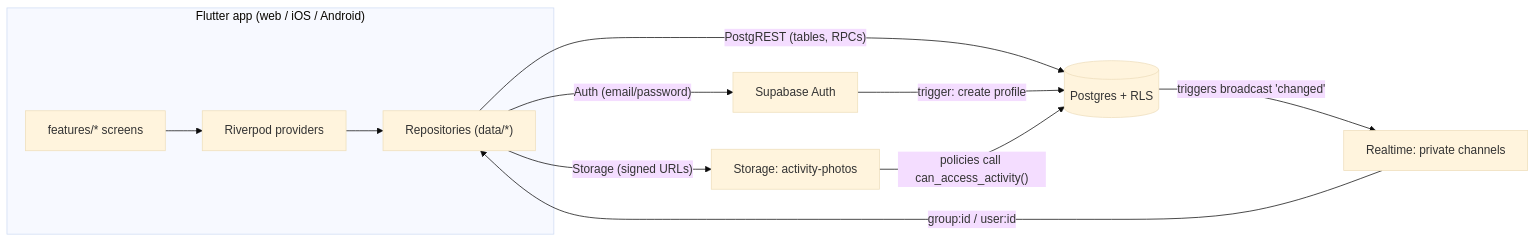
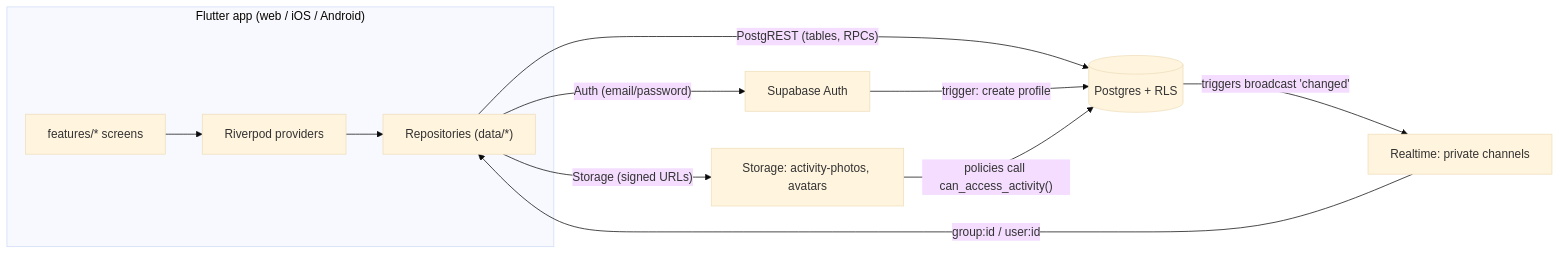
Before and after one commit to kangjin97/project1.0: the first of 2 diagrams in docs/architecture.md, drawn with Mermaid (base theme). The commit also changed other lines of this file and 9 other files, not shown here.

````diff
--- a/docs/architecture.md
+++ b/docs/architecture.md
@@ -5,14 +5,14 @@
 ```mermaid
 flowchart LR
   subgraph App["Flutter app (web / iOS / Android)"]
     UI["features/* screens"] --> P["Riverpod providers"]
     P --> R["Repositories (data/*)"]
   end
   R -- "PostgREST (tables, RPCs)" --> DB[(Postgres + RLS)]
   R -- "Auth (email/password)" --> AUTH[Supabase Auth]
-  R -- "Storage (signed URLs)" --> ST[Storage: activity-photos]
+  R -- "Storage (signed URLs)" --> ST[Storage: activity-photos, avatars]
   DB -- "triggers broadcast 'changed'" --> RT[Realtime: private channels]
   RT -- "group:id / user:id" --> R
   AUTH -- "trigger: create profile" --> DB
   ST -- "policies call can_access_activity()" --> DB
 ```
````
